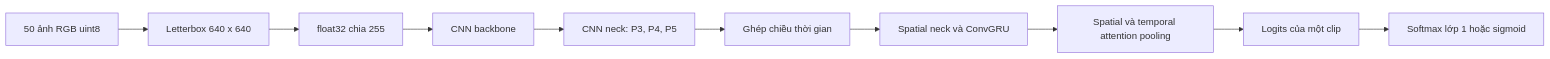
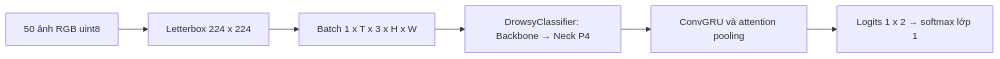
The third of 7 diagrams in ai/OptimalAlgorithsm/DataSystem/README.md (minh4bys2-non/driver-guardian), drawn with Mermaid before and after one commit. The commit also changed other lines of this file and 5 other files, not shown here.

````diff
--- a/ai/OptimalAlgorithsm/DataSystem/README.md
+++ b/ai/OptimalAlgorithsm/DataSystem/README.md
@@ -235,12 +256,8 @@
 ```mermaid
 flowchart LR
-    A[50 ảnh RGB uint8] --> B[Letterbox 640 x 640]
-    B --> C[float32 chia 255]
-    C --> D[CNN backbone]
-    D --> E[CNN neck: P3, P4, P5]
-    E --> F[Ghép chiều thời gian]
-    F --> G[Spatial neck và ConvGRU]
-    G --> H[Spatial và temporal attention pooling]
-    H --> I[Logits của một clip]
-    I --> J[Softmax lớp 1 hoặc sigmoid]
+    A[50 ảnh RGB uint8] --> B[Letterbox 224 x 224]
+    B --> C[Batch 1 x T x 3 x H x W]
+    C --> D[DrowsyClassifier: Backbone → Neck P4]
+    D --> E[ConvGRU và attention pooling]
+    E --> F[Logits 1 x 2 → softmax lớp 1]
 ```
````
